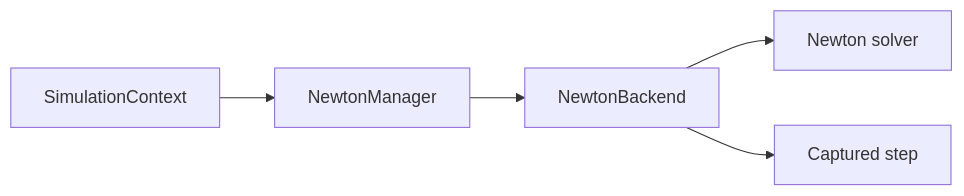
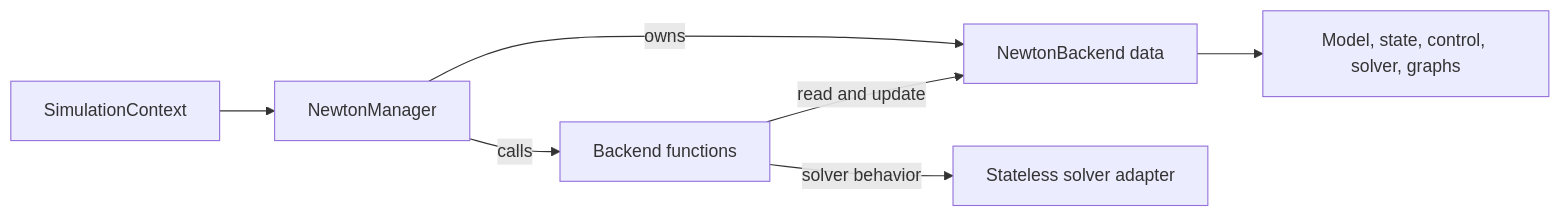
The diagram in source/isaaclab_newton/docs/newton-manager-design.md (isaac-sim/IsaacLab), drawn with Mermaid before and after one commit. The commit also changed other lines of this file and 1 other file, not shown here.

Commit message:
Explain Newton data ownership and functional composition

````diff
--- a/source/isaaclab_newton/docs/newton-manager-design.md
+++ b/source/isaaclab_newton/docs/newton-manager-design.md
@@ -22,7 +23,9 @@
 ```mermaid
 flowchart LR
     Context[SimulationContext] --> Manager[NewtonManager]
-    Manager --> Backend[NewtonBackend]
-    Backend --> Solver[Newton solver]
-    Backend --> Graph[Captured step]
+    Manager -->|owns| Backend[NewtonBackend data]
+    Manager -->|calls| Functions[Backend functions]
+    Functions -->|read and update| Backend
+    Functions -->|solver behavior| Adapter[Stateless solver adapter]
+    Backend --> Resources[Model, state, control, solver, graphs]
 ```
````
